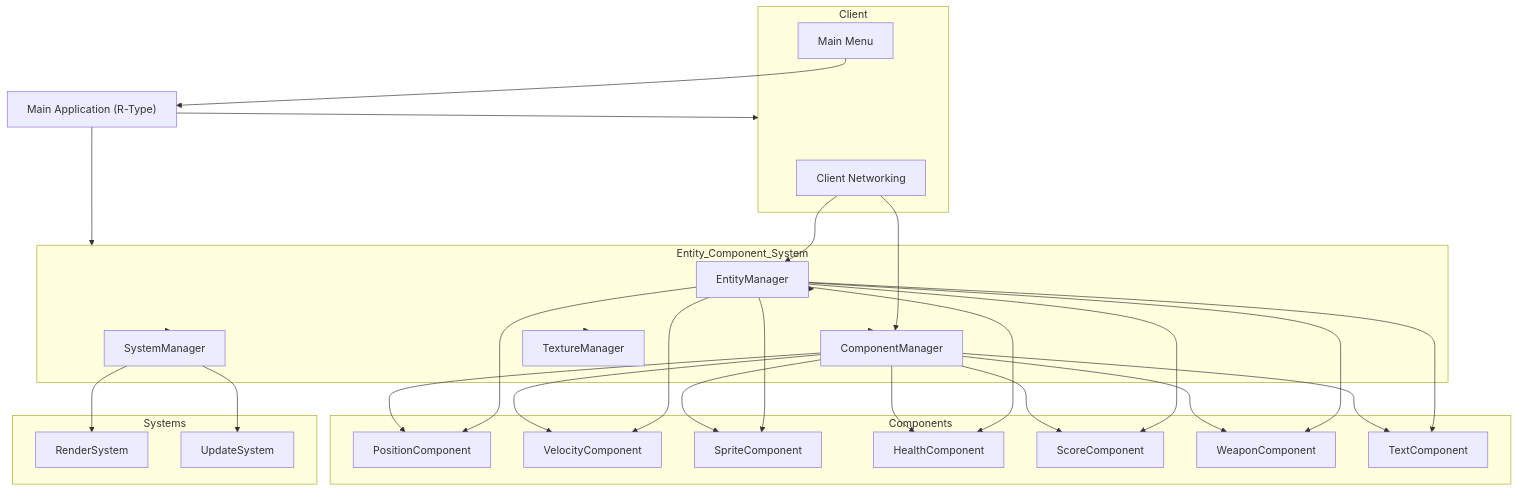
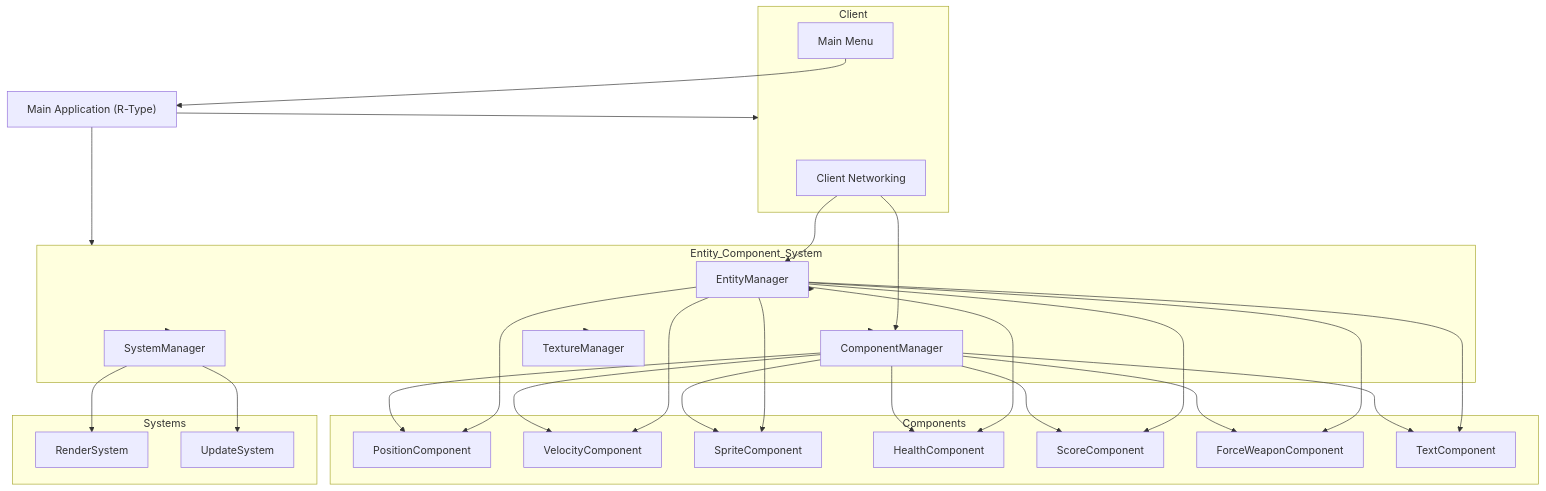
One commit to AleaChlodnik/R-Type changed the first of 7 diagrams in Docs/DeveloperDocumentation.md. Above: the diagram before and after it, drawn with Mermaid. The commit also changed other lines of this file and 10 other files, not shown here.

First line of the commit message:
[FIX] force weapon move logic

````diff
--- a/Docs/DeveloperDocumentation.md
+++ b/Docs/DeveloperDocumentation.md
@@ -51,61 +51,61 @@
 ```mermaid
 graph TD
     A["Main Application (R-Type)"]
 
     subgraph Entity_Component_System
         B[EntityManager]
         C[ComponentManager]
         D[SystemManager]
         E[TextureManager]
     end
 
     subgraph Client
         F[Client Networking]
         G[Main Menu]
     end
 
     subgraph Components
         H[PositionComponent]
         I[VelocityComponent]
         J[SpriteComponent]
         K[HealthComponent]
         L[ScoreComponent]
-        M[WeaponComponent]
+        M[ForceWeaponComponent]
         N[TextComponent]
     end
 
     subgraph Systems
         O[RenderSystem]
         P[UpdateSystem]
     end
 
     A --> Entity_Component_System
     Entity_Component_System --> B
     Entity_Component_System --> C
     Entity_Component_System --> D
     Entity_Component_System --> E
 
     B --> H
     B --> I
     B --> J
     B --> K
     B --> L
     B --> M
     B --> N
 
     C --> H
     C --> I
     C --> J
     C --> K
     C --> L
     C --> M
     C --> N
 
     D --> O
     D --> P
 
     A --> Client
     F --> B
     F --> C
     G --> A
 ```
````
